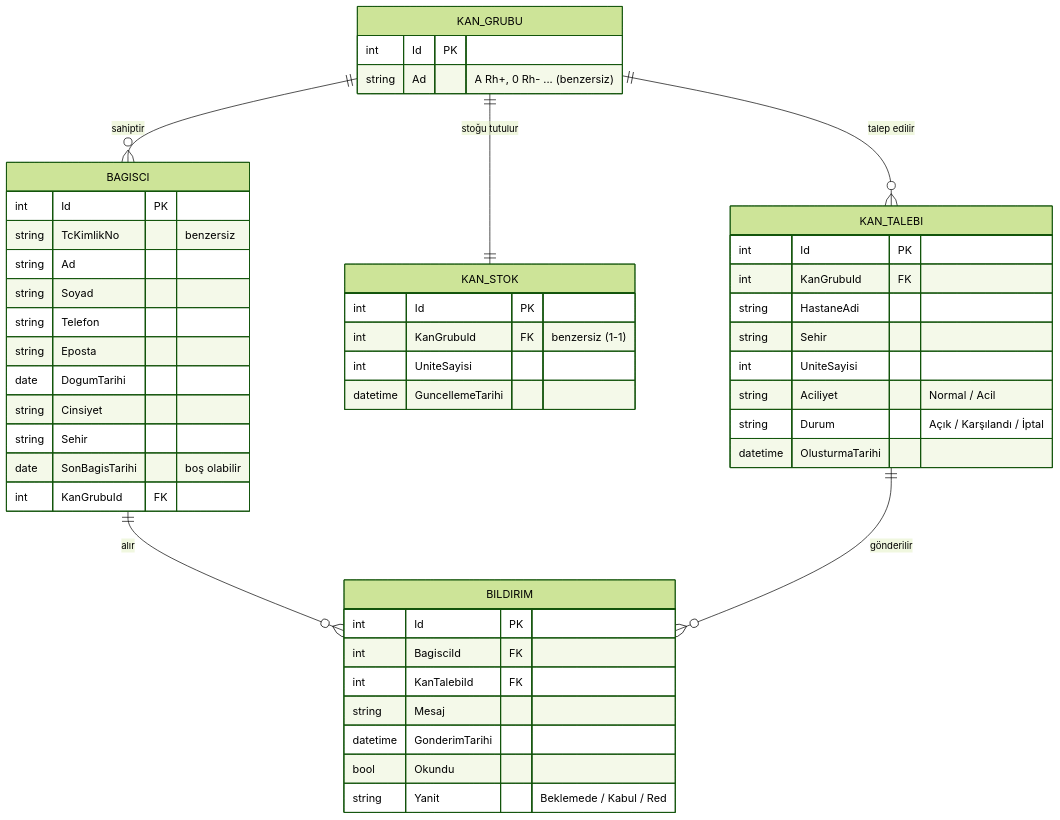
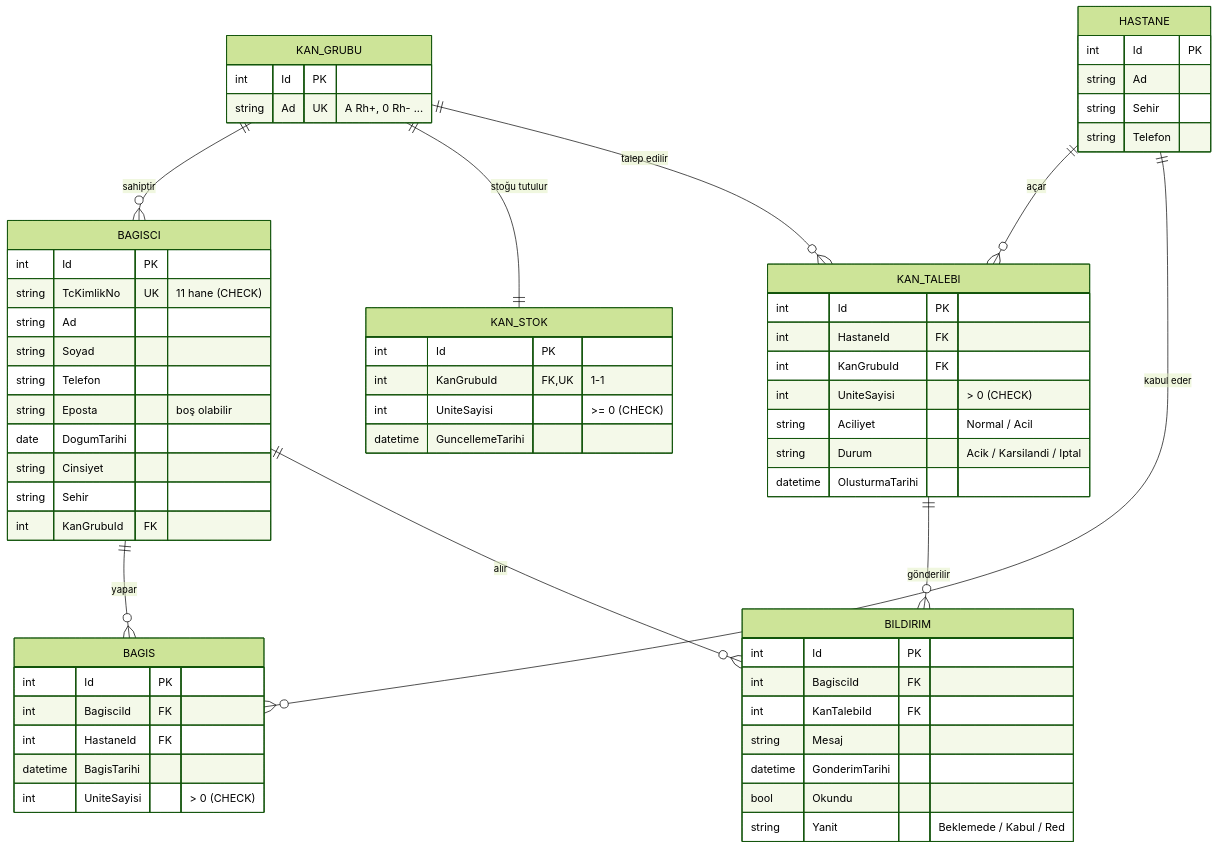
The diagram in docs/ER-Diyagrami.md (simsekdilan93-dot/kanbag-s-yonetimivebag-sc-eslestirme-), drawn with Mermaid (forest theme) before and after one commit. The commit also changed other lines of this file and 43 other files, not shown here.

````diff
--- a/docs/ER-Diyagrami.md
+++ b/docs/ER-Diyagrami.md
@@ -3,55 +3,71 @@
 ```mermaid
 erDiagram
     KAN_GRUBU ||--o{ BAGISCI : "sahiptir"
     KAN_GRUBU ||--|| KAN_STOK : "stoğu tutulur"
     KAN_GRUBU ||--o{ KAN_TALEBI : "talep edilir"
+    HASTANE ||--o{ KAN_TALEBI : "açar"
+    HASTANE ||--o{ BAGIS : "kabul eder"
+    BAGISCI ||--o{ BAGIS : "yapar"
     BAGISCI ||--o{ BILDIRIM : "alır"
     KAN_TALEBI ||--o{ BILDIRIM : "gönderilir"
 
     KAN_GRUBU {
         int Id PK
-        string Ad "A Rh+, 0 Rh- ... (benzersiz)"
+        string Ad UK "A Rh+, 0 Rh- ..."
     }
 
     BAGISCI {
         int Id PK
-        string TcKimlikNo "benzersiz"
+        string TcKimlikNo UK "11 hane (CHECK)"
         string Ad
         string Soyad
         string Telefon
-        string Eposta
+        string Eposta "boş olabilir"
         date DogumTarihi
         string Cinsiyet
         string Sehir
-        date SonBagisTarihi "boş olabilir"
         int KanGrubuId FK
+    }
+
+    HASTANE {
+        int Id PK
+        string Ad
+        string Sehir
+        string Telefon
     }
 
     KAN_STOK {
         int Id PK
-        int KanGrubuId FK "benzersiz (1-1)"
-        int UniteSayisi
+        int KanGrubuId FK,UK "1-1"
+        int UniteSayisi ">= 0 (CHECK)"
         datetime GuncellemeTarihi
     }
 
     KAN_TALEBI {
         int Id PK
+        int HastaneId FK
         int KanGrubuId FK
-        string HastaneAdi
-        string Sehir
-        int UniteSayisi
+        int UniteSayisi "> 0 (CHECK)"
         string Aciliyet "Normal / Acil"
-        string Durum "Açık / Karşılandı / İptal"
+        string Durum "Acik / Karsilandi / Iptal"
         datetime OlusturmaTarihi
+    }
+
+    BAGIS {
+        int Id PK
+        int BagisciId FK
+        int HastaneId FK
+        datetime BagisTarihi
+        int UniteSayisi "> 0 (CHECK)"
     }
 
     BILDIRIM {
         int Id PK
         int BagisciId FK
         int KanTalebiId FK
         string Mesaj
         datetime GonderimTarihi
         bool Okundu
         string Yanit "Beklemede / Kabul / Red"
     }
 ```
````
